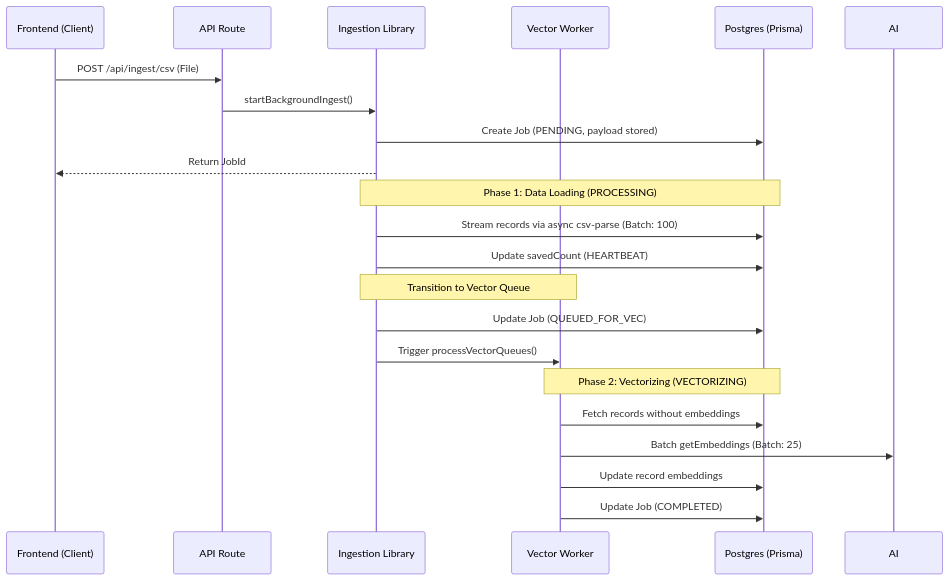
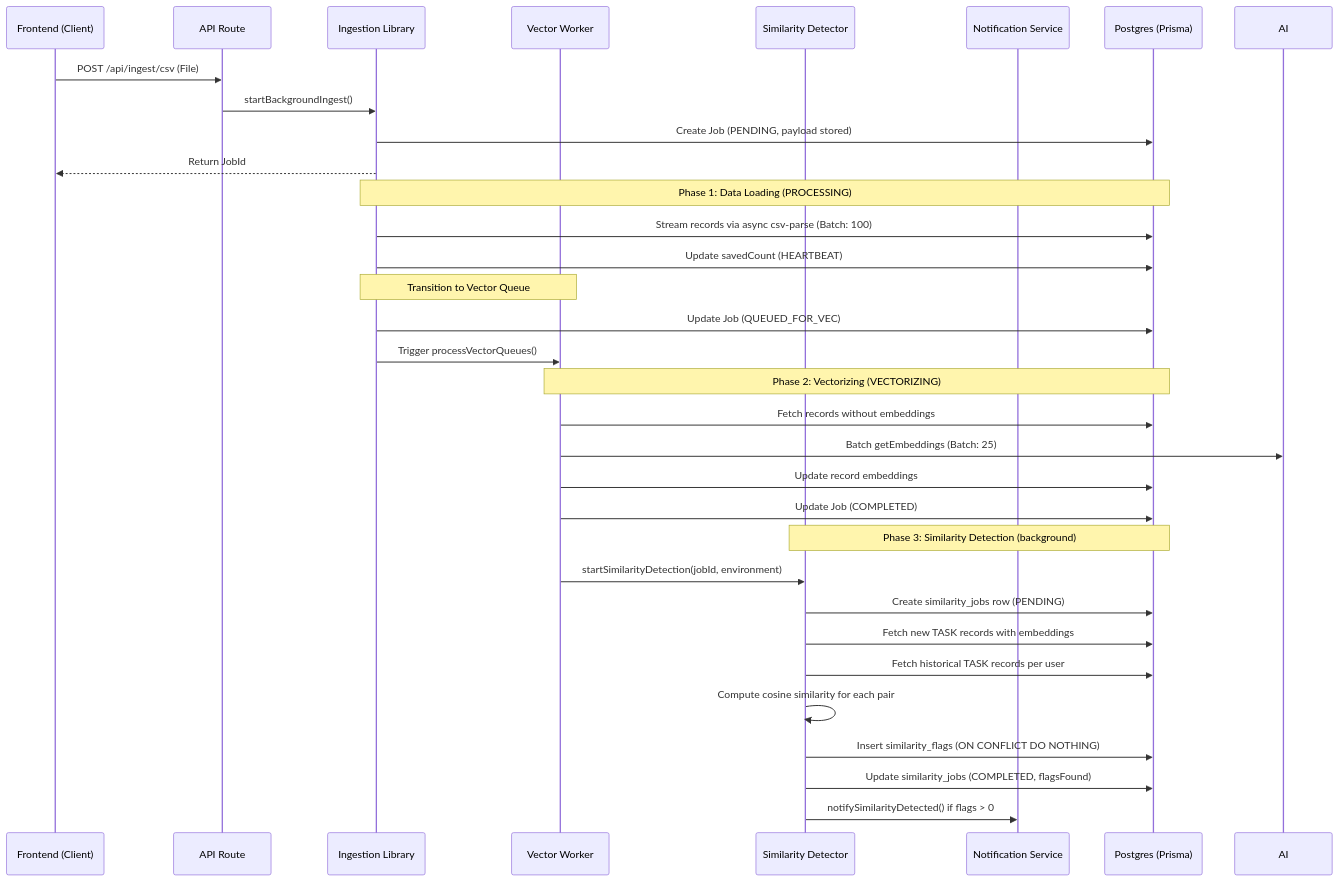
Before and after one commit to Fleet-AI-Operations/operations-toolkit: the first of 2 diagrams in Documentation/Architecture/INGESTION_FLOW.md, drawn with Mermaid. The commit also changed other lines of this file and 7 other files, not shown here.

````diff
--- a/Documentation/Architecture/INGESTION_FLOW.md
+++ b/Documentation/Architecture/INGESTION_FLOW.md
@@ -11,27 +11,39 @@
 ```mermaid
 sequenceDiagram
     participant UI as Frontend (Client)
     participant API as API Route
     participant LIB as Ingestion Library
     participant VEC as Vector Worker
+    participant SIM as Similarity Detector
+    participant NOTIFY as Notification Service
     participant DB as Postgres (Prisma)
 
     UI->>API: POST /api/ingest/csv (File)
     API->>LIB: startBackgroundIngest()
     LIB->>DB: Create Job (PENDING, payload stored)
     LIB-->>UI: Return JobId
 
     Note over LIB, DB: Phase 1: Data Loading (PROCESSING)
     LIB->>DB: Stream records via async csv-parse (Batch: 100)
     LIB->>DB: Update savedCount (HEARTBEAT)
 
     Note over LIB, VEC: Transition to Vector Queue
     LIB->>DB: Update Job (QUEUED_FOR_VEC)
     LIB->>VEC: Trigger processVectorQueues()
 
     Note over VEC, DB: Phase 2: Vectorizing (VECTORIZING)
     VEC->>DB: Fetch records without embeddings
     VEC->>AI: Batch getEmbeddings (Batch: 25)
     VEC->>DB: Update record embeddings
     VEC->>DB: Update Job (COMPLETED)
+
+    Note over SIM, DB: Phase 3: Similarity Detection (background)
+    VEC->>SIM: startSimilarityDetection(jobId, environment)
+    SIM->>DB: Create similarity_jobs row (PENDING)
+    SIM->>DB: Fetch new TASK records with embeddings
+    SIM->>DB: Fetch historical TASK records per user
+    SIM->>SIM: Compute cosine similarity for each pair
+    SIM->>DB: Insert similarity_flags (ON CONFLICT DO NOTHING)
+    SIM->>DB: Update similarity_jobs (COMPLETED, flagsFound)
+    SIM->>NOTIFY: notifySimilarityDetected() if flags > 0
 ```
````
